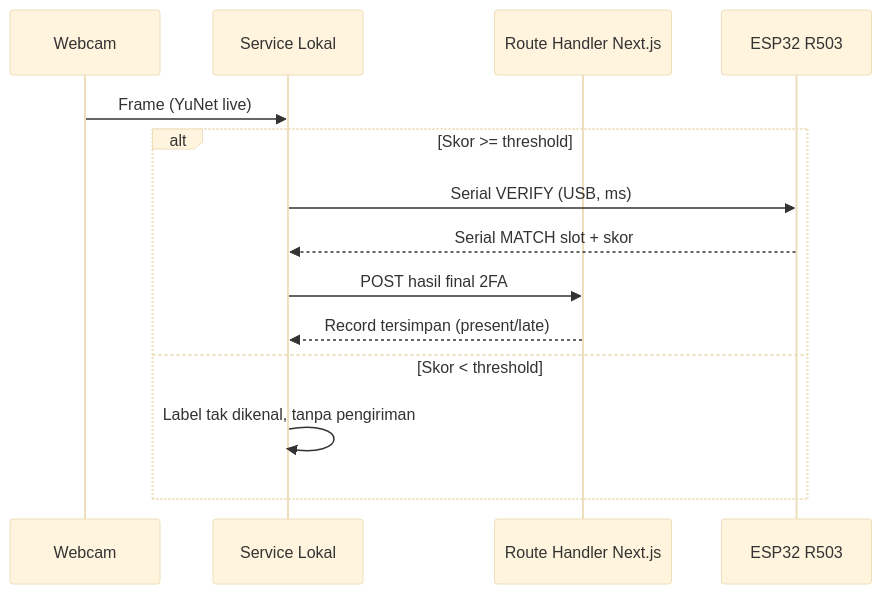
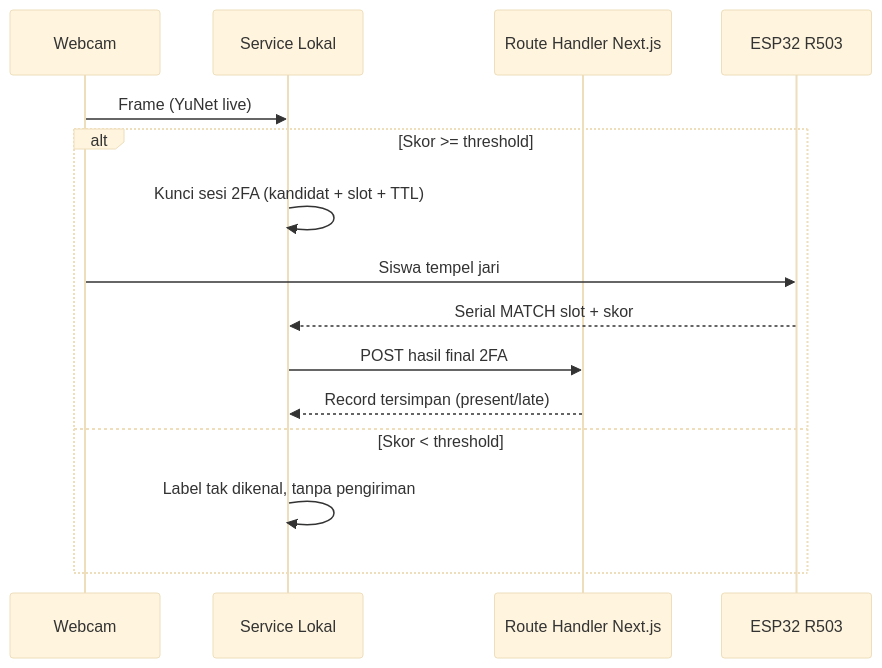
The third of 3 diagrams in ObsidianAllProgramSK/docs/face-recognition.md (DandiKurnia/ProyekSK), drawn with Mermaid (base theme) before and after one commit. The commit also changed other lines of this file and 12 other files, not shown here.

````diff
--- a/ObsidianAllProgramSK/docs/face-recognition.md
+++ b/ObsidianAllProgramSK/docs/face-recognition.md
@@ -334,16 +334,17 @@
 ```mermaid
 sequenceDiagram
     participant W as Webcam
     participant F as Service Lokal
     participant B as Route Handler Next.js
     participant E as ESP32 R503
     W->>F: Frame (YuNet live)
     alt Skor >= threshold
-        F->>E: Serial VERIFY (USB, ms)
+        F->>F: Kunci sesi 2FA (kandidat + slot + TTL)
+        W->>E: Siswa tempel jari
         E-->>F: Serial MATCH slot + skor
         F->>B: POST hasil final 2FA
         B-->>F: Record tersimpan (present/late)
     else Skor < threshold
         F->>F: Label tak dikenal, tanpa pengiriman
     end
 ```
````
